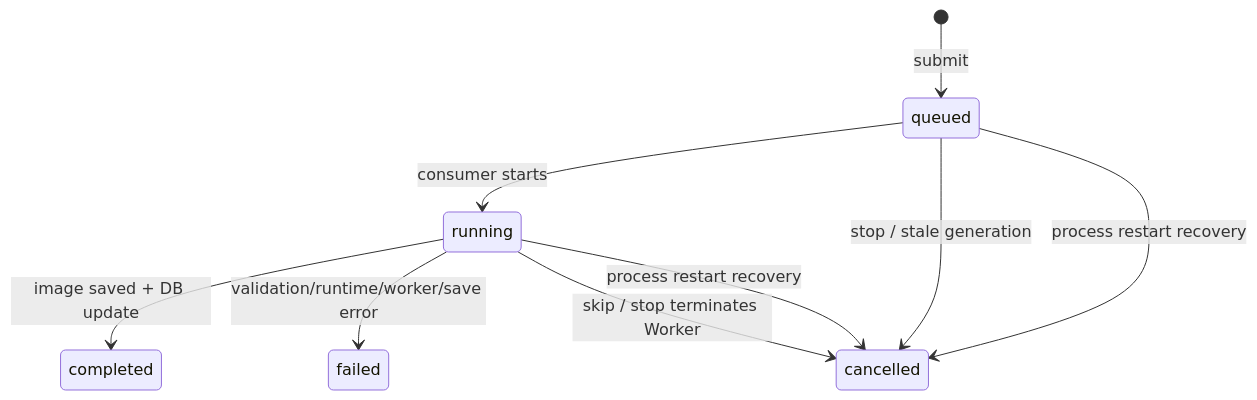
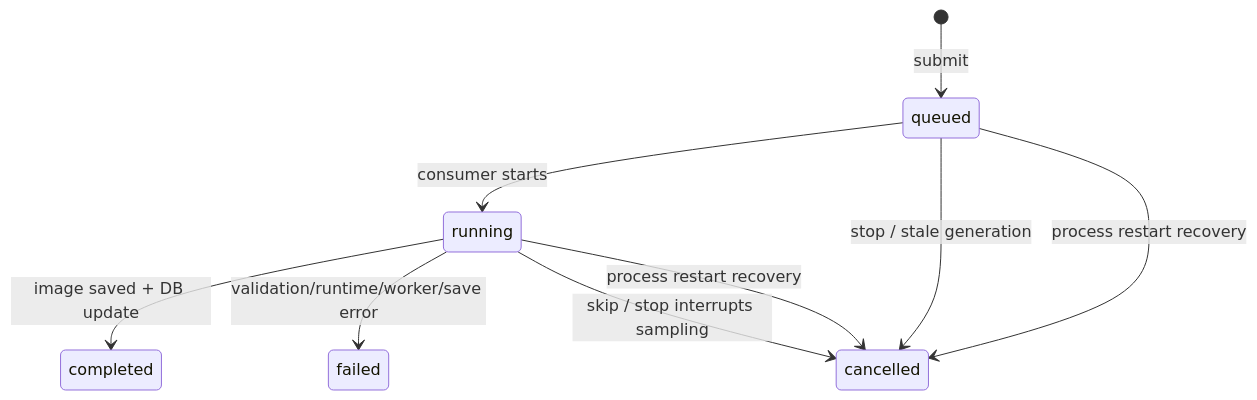
The second of 3 diagrams in docs/core-technical-reference.md (BarnettZhou/diffusion-workbench), drawn with Mermaid before and after one commit. The commit also changed other lines of this file and 4 other files, not shown here.

````diff
--- a/docs/core-technical-reference.md
+++ b/docs/core-technical-reference.md
@@ -257,11 +257,11 @@
 ```mermaid
 stateDiagram-v2
     [*] --> queued: submit
     queued --> running: consumer starts
     queued --> cancelled: stop / stale generation
     running --> completed: image saved + DB update
     running --> failed: validation/runtime/worker/save error
-    running --> cancelled: skip / stop terminates Worker
+    running --> cancelled: skip / stop interrupts sampling
     queued --> cancelled: process restart recovery
     running --> cancelled: process restart recovery
 ```
````
